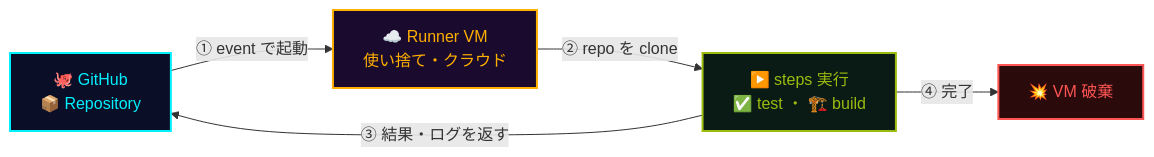
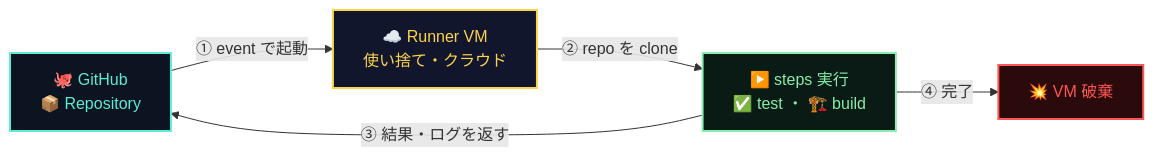
The diagram in src/content/playbook/ja/github-actions.md (theomonfort/theomonfort), drawn with Mermaid before and after one commit. The commit also changed other lines of this file and 607 other files, not shown here.

````diff
--- a/src/content/playbook/ja/github-actions.md
+++ b/src/content/playbook/ja/github-actions.md
@@ -93,20 +93,20 @@
 ```mermaid
 flowchart LR
   REPO["🐙 GitHub<br/>📦 Repository"]
   VM["☁️ Runner VM<br/>使い捨て・クラウド"]
   RUN["▶️ steps 実行<br/>✅ test ・ 🏗️ build"]
   GONE["💥 VM 破棄"]
   REPO -->|① event で起動| VM
   VM -->|② repo を clone| RUN
   RUN -->|③ 結果・ログを返す| REPO
   RUN -->|④ 完了| GONE
 
-  classDef gh fill:#0a0e27,stroke:#00f0ff,color:#00f0ff,stroke-width:2px
-  classDef vm fill:#1a0a2e,stroke:#ffb000,color:#ffb000,stroke-width:2px
-  classDef run fill:#0a1a14,stroke:#9bbc0f,color:#9bbc0f,stroke-width:2px
+  classDef gh fill:#0b1420,stroke:#5eead4,color:#5eead4,stroke-width:2px
+  classDef vm fill:#11162c,stroke:#fcd34d,color:#fcd34d,stroke-width:2px
+  classDef run fill:#0a1a14,stroke:#86efac,color:#86efac,stroke-width:2px
   classDef gone fill:#2a0a0a,stroke:#ff5555,color:#ff5555,stroke-width:2px
   class REPO gh
   class VM vm
   class RUN run
   class GONE gone
 ```
````
